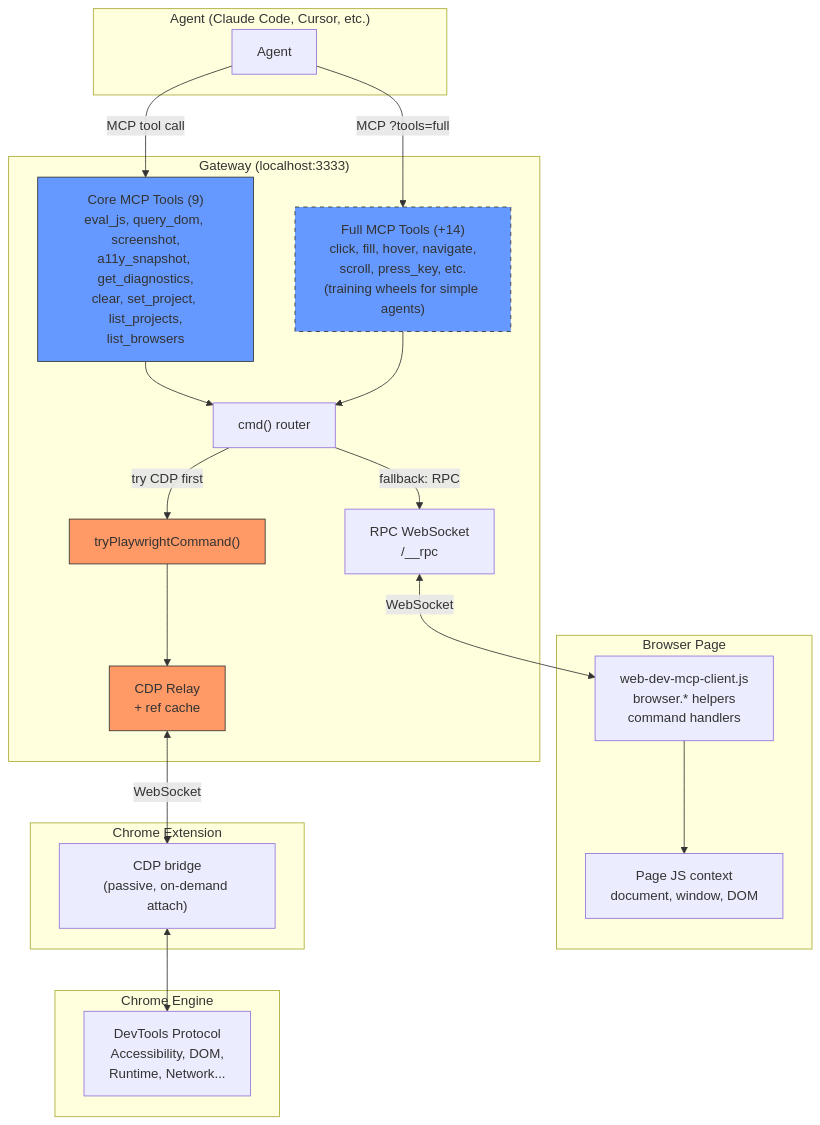
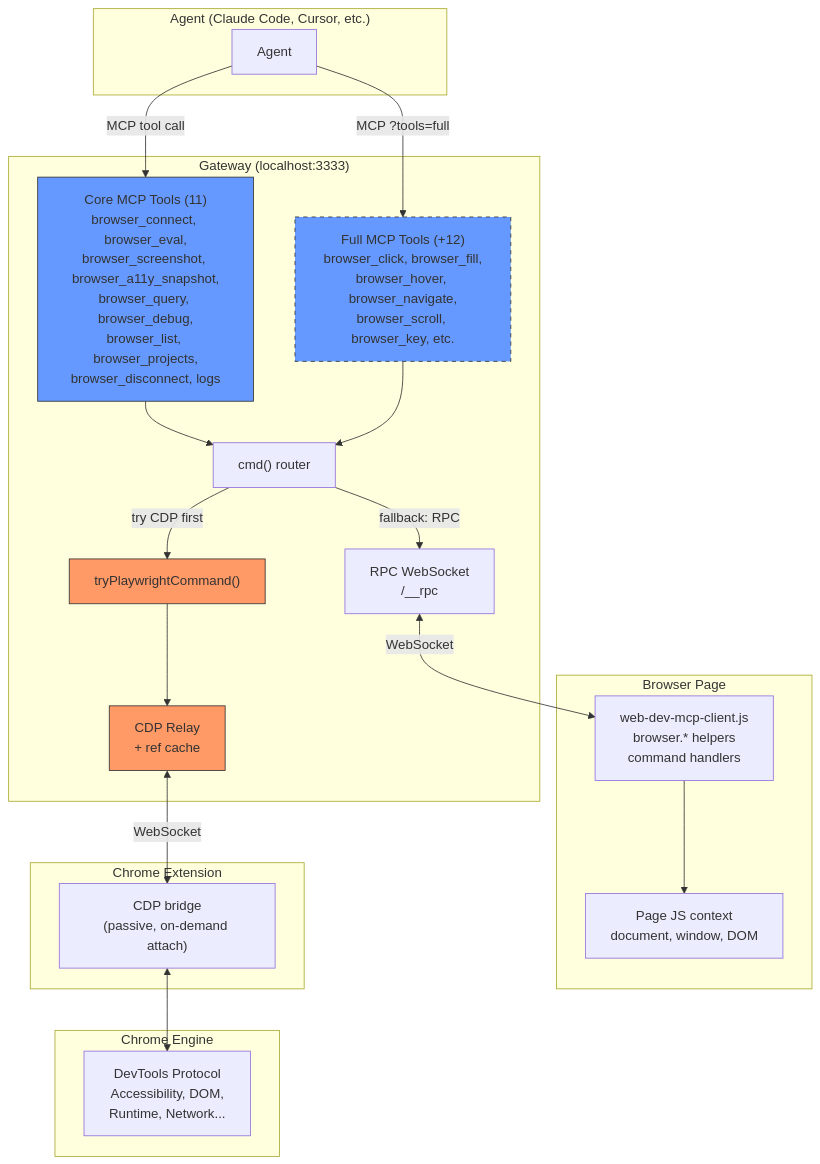
One commit to WinstonFassett/webdev-ai changed the first of 5 diagrams in docs/architecture-communication-paths.md. Above: the diagram before and after it, drawn with Mermaid. The commit also changed other lines of this file and 1 other file, not shown here.

First line of the commit message:
docs: update architecture for stable identity model + browser_* tools

````diff
--- a/docs/architecture-communication-paths.md
+++ b/docs/architecture-communication-paths.md
@@ -5,45 +5,45 @@
 ```mermaid
 graph TB
     subgraph "Agent (Claude Code, Cursor, etc.)"
         A[Agent]
     end
 
     subgraph "Gateway (localhost:3333)"
-        CORE["Core MCP Tools (9)<br/>eval_js, query_dom, screenshot,<br/>a11y_snapshot, get_diagnostics,<br/>clear, set_project, list_projects,<br/>list_browsers"]
-        FULL["Full MCP Tools (+14)<br/>click, fill, hover, navigate,<br/>scroll, press_key, etc.<br/>(training wheels for simple agents)"]
+        CORE["Core MCP Tools (11)<br/>browser_connect, browser_eval,<br/>browser_screenshot, browser_a11y_snapshot,<br/>browser_query, browser_debug,<br/>browser_list, browser_projects,<br/>browser_disconnect, logs"]
+        FULL["Full MCP Tools (+12)<br/>browser_click, browser_fill,<br/>browser_hover, browser_navigate,<br/>browser_scroll, browser_key, etc."]
         CMD["cmd() router"]
         PW["tryPlaywrightCommand()"]
         RPC["RPC WebSocket<br/>/__rpc"]
         CDP_RELAY["CDP Relay<br/>+ ref cache"]
     end
 
     subgraph "Browser Page"
         CLIENT["web-dev-mcp-client.js<br/>browser.* helpers<br/>command handlers"]
         PAGE["Page JS context<br/>document, window, DOM"]
     end
 
     subgraph "Chrome Extension"
         EXT["CDP bridge<br/>(passive, on-demand attach)"]
     end
 
     subgraph "Chrome Engine"
         DEVTOOLS["DevTools Protocol<br/>Accessibility, DOM,<br/>Runtime, Network..."]
     end
 
     A -->|"MCP tool call"| CORE
     A -->|"MCP ?tools=full"| FULL
     CORE --> CMD
     FULL --> CMD
     CMD -->|"try CDP first"| PW
     CMD -->|"fallback: RPC"| RPC
     PW --> CDP_RELAY
     RPC <-->|"WebSocket"| CLIENT
     CLIENT --> PAGE
     CDP_RELAY <-->|"WebSocket"| EXT
     EXT <--> DEVTOOLS
 
     style PW fill:#f96,stroke:#333
     style CDP_RELAY fill:#f96,stroke:#333
     style CORE fill:#69f,stroke:#333
     style FULL fill:#69f,stroke:#333,stroke-dasharray: 5 5
 ```
````
